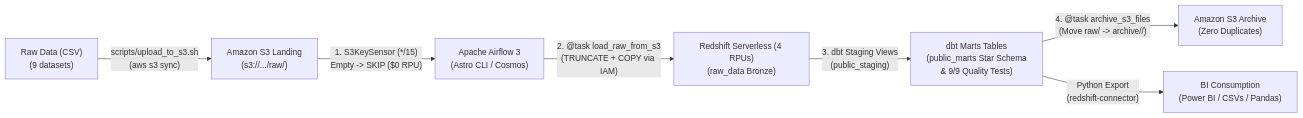
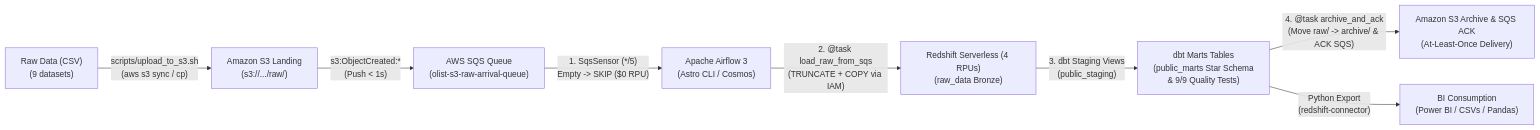
The first of 2 diagrams in docs/RETROSPECTIVE.md (AOMINHTAM/aws-data-pipeline), drawn with Mermaid before and after one commit. The commit also changed other lines of this file and 2 other files, not shown here.

````diff
--- a/docs/RETROSPECTIVE.md
+++ b/docs/RETROSPECTIVE.md
@@ -21,9 +23,10 @@
 ```mermaid
 flowchart LR
-    A["Raw Data (CSV)\n(9 datasets)"] -->|"scripts/upload_to_s3.sh\n(aws s3 sync)"| B["Amazon S3 Landing\n(s3://.../raw/)"]
-    B -->|"1. S3KeySensor (*/15)\nEmpty -> SKIP ($0 RPU)"| C["Apache Airflow 3\n(Astro CLI / Cosmos)"]
-    C -->|"2. @task load_raw_from_s3\n(TRUNCATE + COPY via IAM)"| D["Redshift Serverless (4 RPUs)\n(raw_data Bronze)"]
-    D -->|"3. dbt Staging Views\n(public_staging)"| E["dbt Marts Tables\n(public_marts Star Schema\n& 9/9 Quality Tests)"]
-    E -->|"4. @task archive_s3_files\n(Move raw/ -> archive/<ts>/)"| F["Amazon S3 Archive\n(Zero Duplicates)"]
-    E -->|"Python Export\n(redshift-connector)"| G["BI Consumption\n(Power BI / CSVs / Pandas)"]
+    A["Raw Data (CSV)\n(9 datasets)"] -->|"scripts/upload_to_s3.sh\n(aws s3 sync / cp)"| B["Amazon S3 Landing\n(s3://.../raw/)"]
+    B -->|"s3:ObjectCreated:*\n(Push < 1s)"| C["AWS SQS Queue\n(olist-s3-raw-arrival-queue)"]
+    C -->|"1. SqsSensor (*/5)\nEmpty -> SKIP ($0 RPU)"| D["Apache Airflow 3\n(Astro CLI / Cosmos)"]
+    D -->|"2. @task load_raw_from_sqs\n(TRUNCATE + COPY via IAM)"| E["Redshift Serverless (4 RPUs)\n(raw_data Bronze)"]
+    E -->|"3. dbt Staging Views\n(public_staging)"| F["dbt Marts Tables\n(public_marts Star Schema\n& 9/9 Quality Tests)"]
+    F -->|"4. @task archive_and_ack\n(Move raw/ -> archive/ & ACK SQS)"| G["Amazon S3 Archive & SQS ACK\n(At-Least-Once Delivery)"]
+    F -->|"Python Export\n(redshift-connector)"| H["BI Consumption\n(Power BI / CSVs / Pandas)"]
 ```
````
